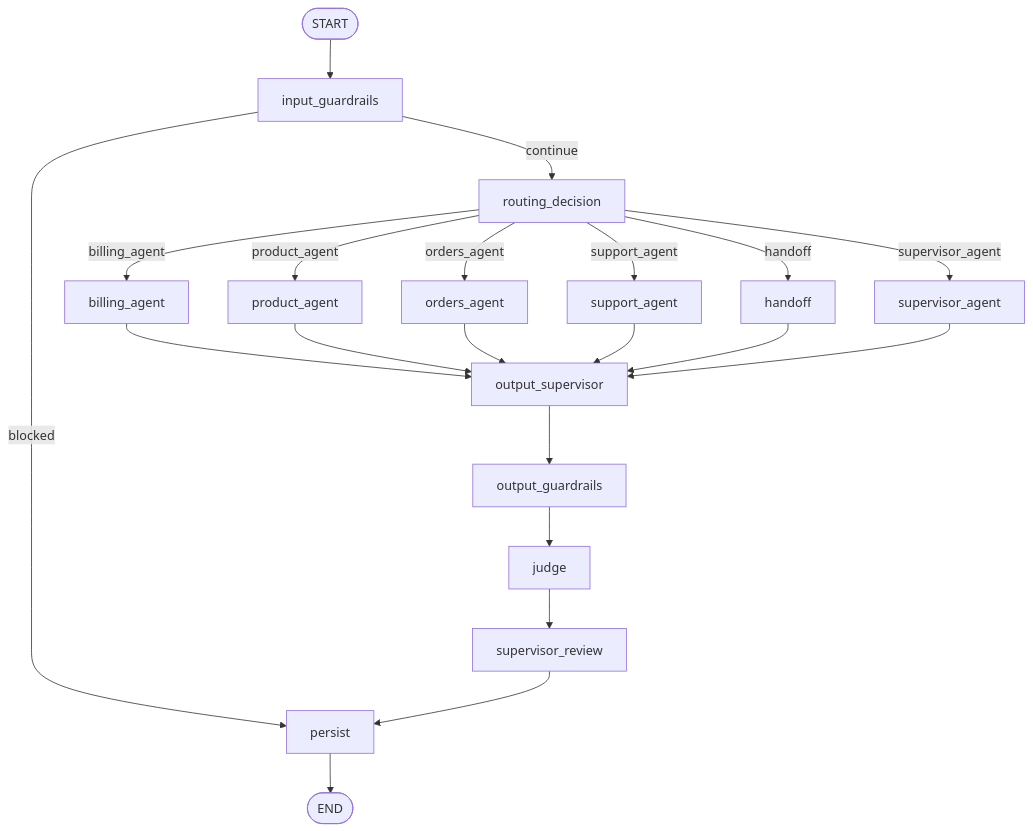
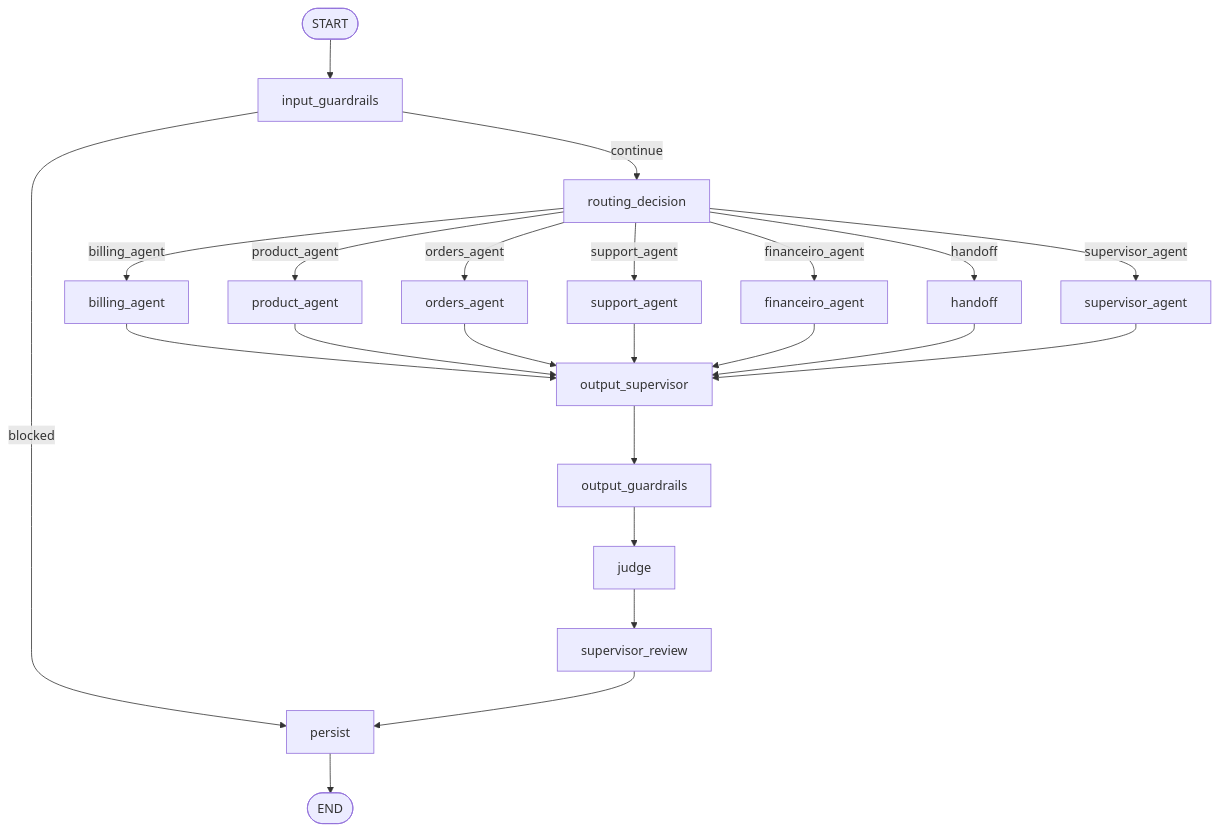
The first of 8 diagrams in README.md (hoshikawa2/agent_framework_oci_2), drawn with Mermaid before and after one commit. The commit also changed other lines of this file, not shown here.

Commit message:
examples of graph flow

````diff
--- a/README.md
+++ b/README.md
@@ -1788,28 +2026,30 @@
 ```mermaid
 flowchart TD
 
     START([START]) --> input_guardrails[input_guardrails]
 
     input_guardrails -->|blocked| persist[persist]
     input_guardrails -->|continue| routing_decision[routing_decision]
 
     routing_decision -->|billing_agent| billing_agent[billing_agent]
     routing_decision -->|product_agent| product_agent[product_agent]
     routing_decision -->|orders_agent| orders_agent[orders_agent]
     routing_decision -->|support_agent| support_agent[support_agent]
+    routing_decision -->|financeiro_agent| financeiro_agent[financeiro_agent]
     routing_decision -->|handoff| handoff[handoff]
     routing_decision -->|supervisor_agent| supervisor_agent[supervisor_agent]
 
     billing_agent --> output_supervisor[output_supervisor]
     product_agent --> output_supervisor
     orders_agent --> output_supervisor
     support_agent --> output_supervisor
+    financeiro_agent --> output_supervisor
     handoff --> output_supervisor
     supervisor_agent --> output_supervisor
 
     output_supervisor --> output_guardrails[output_guardrails]
     output_guardrails --> judge[judge]
     judge --> supervisor_review[supervisor_review]
     supervisor_review --> persist
     persist --> END([END])
 ```
````
